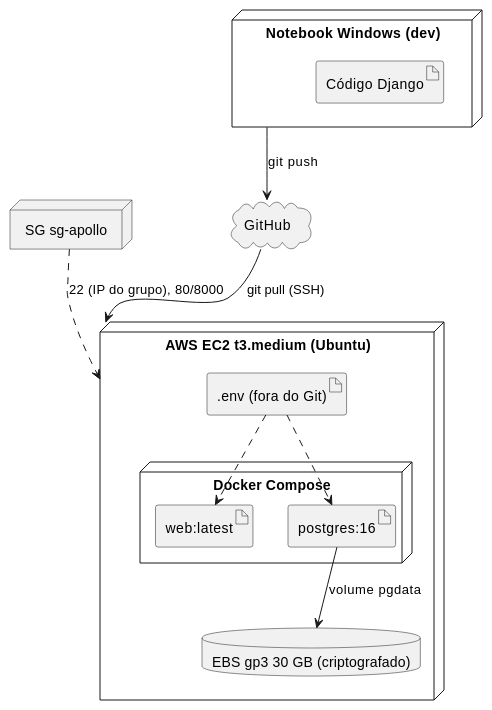
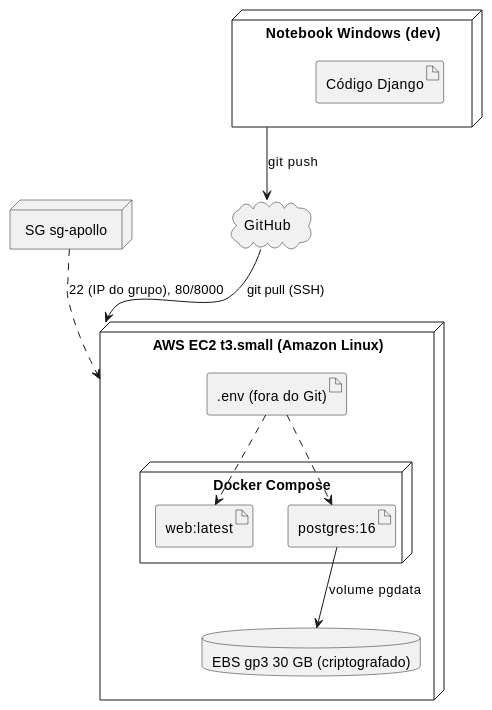
The sixth of 6 diagrams in docs/Elaboracao/cua.md (Projetos-de-Extensao/PC_ADS_26.2_8001_III), drawn with PlantUML before and after one commit. The commit also changed other lines of this file and 9 other files, not shown here.

````diff
--- a/docs/Elaboracao/cua.md
+++ b/docs/Elaboracao/cua.md
@@ -481,24 +481,24 @@
 ```plantuml
 @startuml
 skinparam shadowing false
 node "Notebook Windows (dev)" as DEV {
   artifact "Código Django" as CODE
 }
 cloud "GitHub" as GH
-node "AWS EC2 t3.medium (Ubuntu)" as EC2 {
+node "AWS EC2 t3.small (Amazon Linux)" as EC2 {
   node "Docker Compose" {
     artifact "web:latest" as WEB
     artifact "postgres:16" as DB
   }
   database "EBS gp3 30 GB (criptografado)" as EBS
   artifact ".env (fora do Git)" as ENV
 }
 node "SG sg-apollo" as SG
 DEV --> GH : git push
 GH --> EC2 : git pull (SSH)
 SG ..> EC2 : 22 (IP do grupo), 80/8000
 DB --> EBS : volume pgdata
 ENV ..> WEB
 ENV ..> DB
 @enduml
 ```
````
